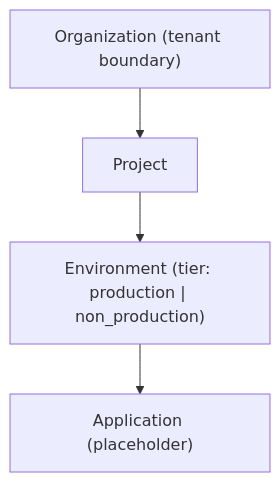
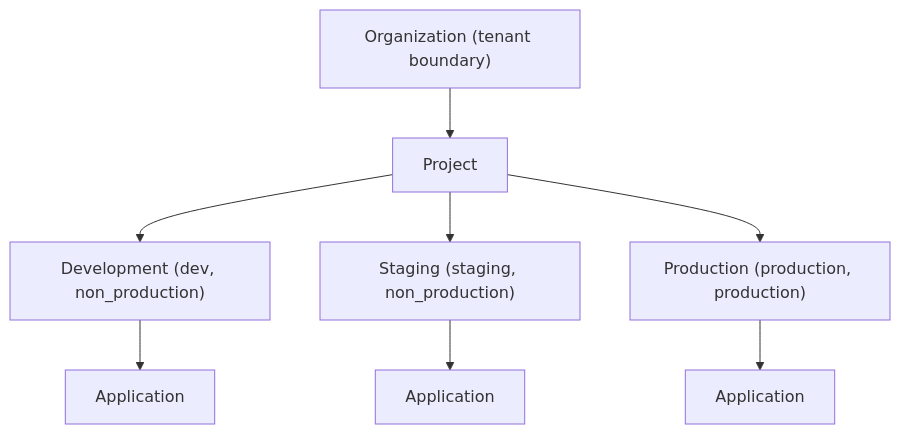
The first of 2 diagrams in services/permesi/README.md (permesi/permesi), drawn with Mermaid before and after one commit. The commit also changed other lines of this file and 14 other files, not shown here.

Commit message:
Allow independent project environment creation

````diff
--- a/services/permesi/README.md
+++ b/services/permesi/README.md
@@ -207,11 +212,19 @@
 ```mermaid
 flowchart TD
   Org["Organization (tenant boundary)"]
   Project["Project"]
-  Env["Environment (tier: production | non_production)"]
-  App["Application (placeholder)"]
+  Dev["Development (dev, non_production)"]
+  Stage["Staging (staging, non_production)"]
+  Prod["Production (production, production)"]
+  DevApp["Application"]
+  StageApp["Application"]
+  ProdApp["Application"]
 
   Org --> Project
-  Project --> Env
-  Env --> App
+  Project --> Dev
+  Project --> Stage
+  Project --> Prod
+  Dev --> DevApp
+  Stage --> StageApp
+  Prod --> ProdApp
 ```
````
